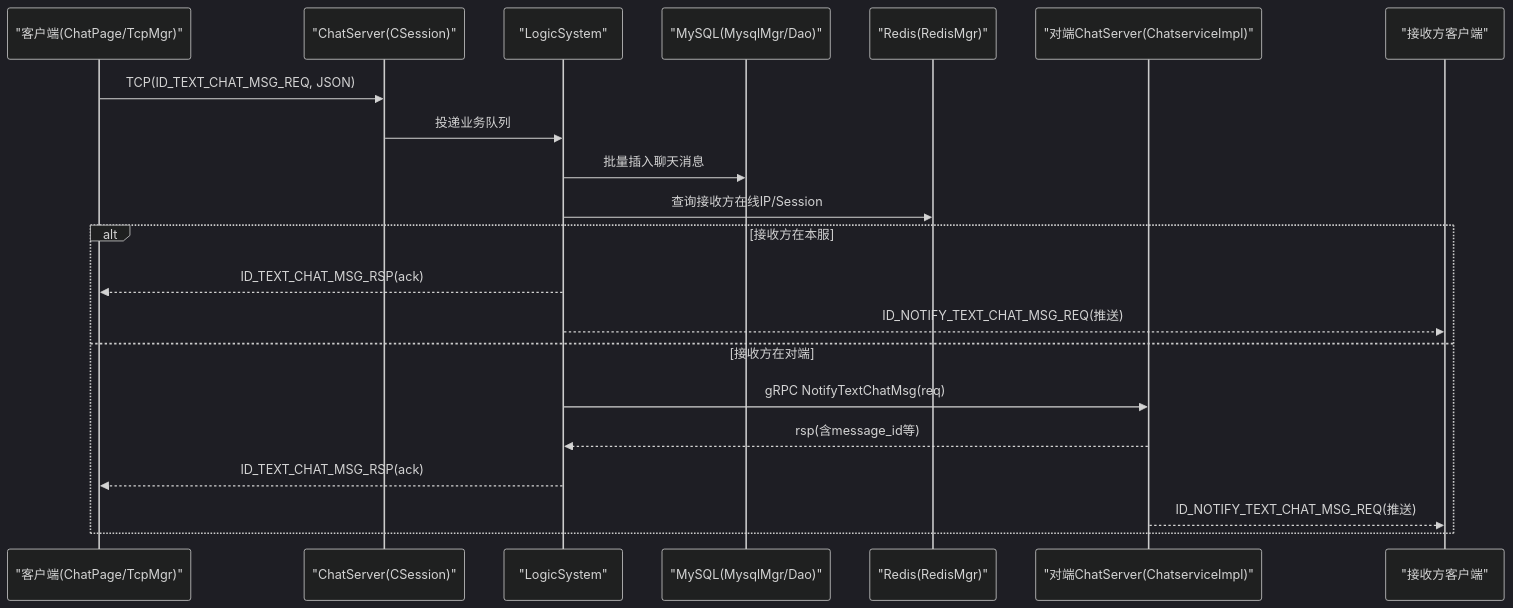
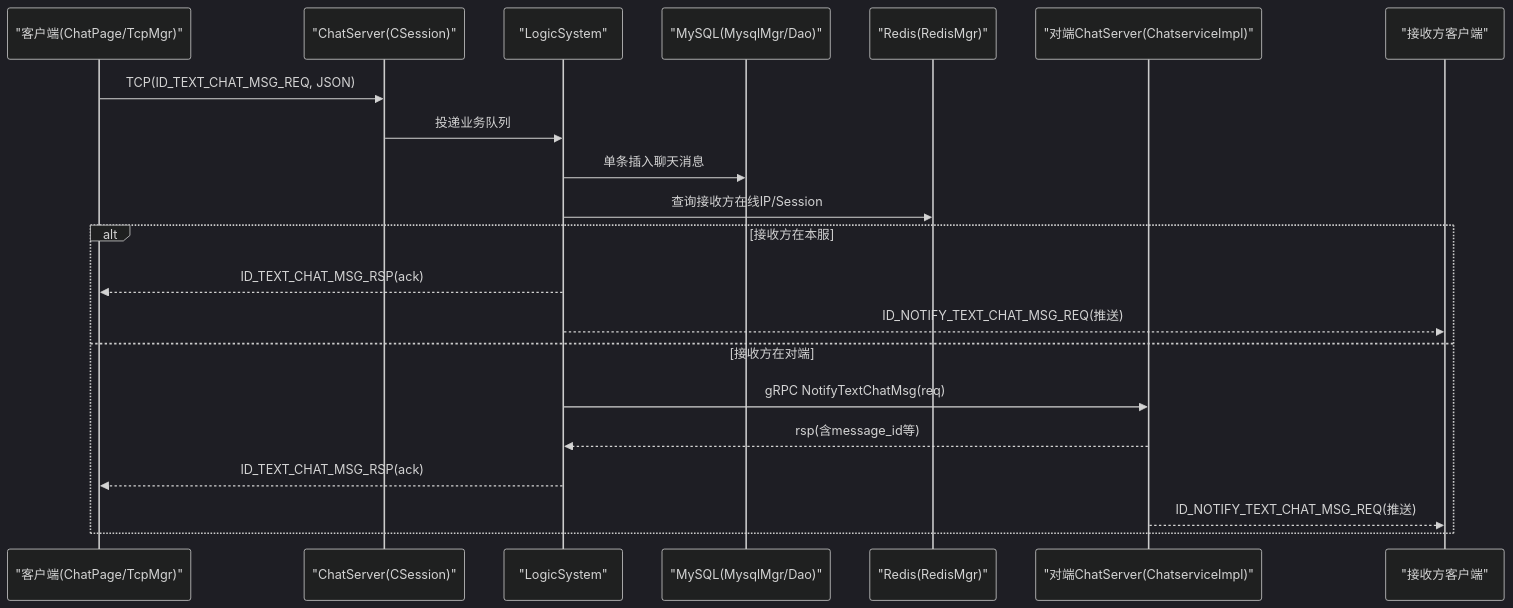
The second of 7 diagrams in .qoder/repowiki/zh/content/架构设计/数据流设计/聊天消息数据流/文本消息传输流程.md (echo9923/mychatter), drawn with Mermaid (dark theme) before and after one commit. The commit also changed other lines of this file and 132 other files, not shown here.

````diff
--- a/.qoder/repowiki/zh/content/架构设计/数据流设计/聊天消息数据流/文本消息传输流程.md
+++ b/.qoder/repowiki/zh/content/架构设计/数据流设计/聊天消息数据流/文本消息传输流程.md
@@ -114,23 +114,23 @@
 ```mermaid
 sequenceDiagram
 participant Client as "客户端(ChatPage/TcpMgr)"
 participant Sess as "ChatServer(CSession)"
 participant Logic as "LogicSystem"
 participant DB as "MySQL(MysqlMgr/Dao)"
 participant Redis as "Redis(RedisMgr)"
 participant Peer as "对端ChatServer(ChatserviceImpl)"
 participant Recv as "接收方客户端"
 Client->>Sess : TCP(ID_TEXT_CHAT_MSG_REQ, JSON)
 Sess->>Logic : 投递业务队列
-Logic->>DB : 批量插入聊天消息
+Logic->>DB : 单条插入聊天消息
 Logic->>Redis : 查询接收方在线IP/Session
 alt 接收方在本服
 Logic-->>Client : ID_TEXT_CHAT_MSG_RSP(ack)
 Logic-->>Recv : ID_NOTIFY_TEXT_CHAT_MSG_REQ(推送)
 else 接收方在对端
 Logic->>Peer : gRPC NotifyTextChatMsg(req)
 Peer-->>Logic : rsp(含message_id等)
 Logic-->>Client : ID_TEXT_CHAT_MSG_RSP(ack)
 Peer-->>Recv : ID_NOTIFY_TEXT_CHAT_MSG_REQ(推送)
 end
 ```
````
